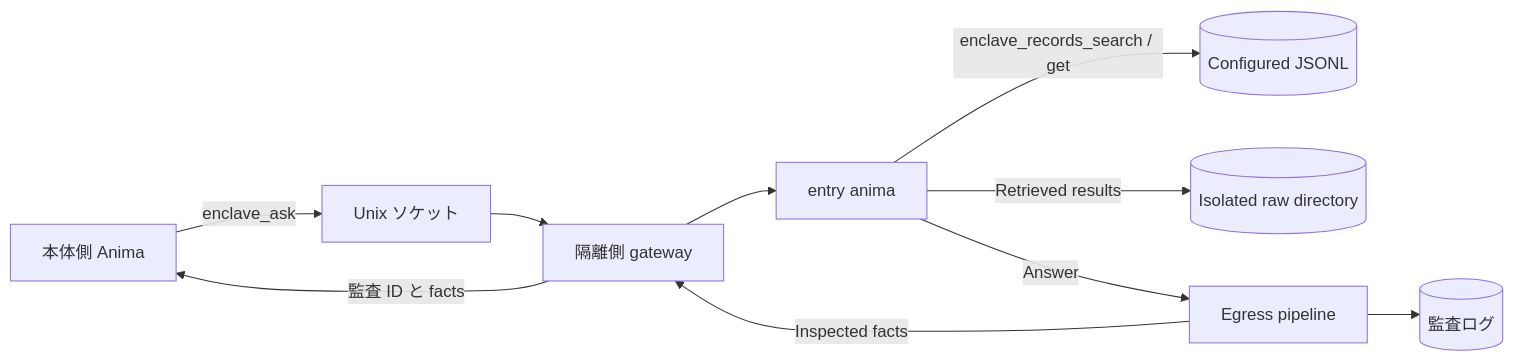
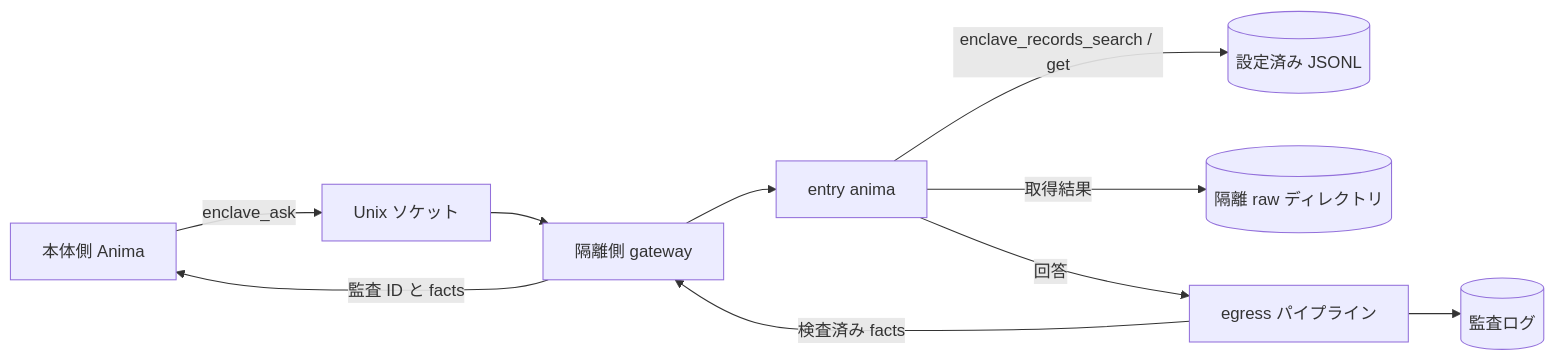
One commit to cmnt1/animaworks changed the diagram in docs/en/enclave.md. Above: the diagram before and after it, drawn with Mermaid. The commit also changed other lines of this file and 12 other files, not shown here.

````diff
--- a/docs/en/enclave.md
+++ b/docs/en/enclave.md
@@ -12,12 +12,12 @@
 ```mermaid
 flowchart LR
     H[本体側 Anima] -->|enclave_ask| S[Unix ソケット]
     S --> G[隔離側 gateway]
     G --> A[entry anima]
-    A -->|enclave_records_search / get| D[(Configured JSONL)]
-    A -->|Retrieved results| R[(Isolated raw directory)]
-    A -->|Answer| E[Egress pipeline]
-    E -->|Inspected facts| G
+    A -->|enclave_records_search / get| D[(設定済み JSONL)]
+    A -->|取得結果| R[(隔離 raw ディレクトリ)]
+    A -->|回答| E[egress パイプライン]
+    E -->|検査済み facts| G
     G -->|監査 ID と facts| H
     E --> Q[(監査ログ)]
 ```
````
